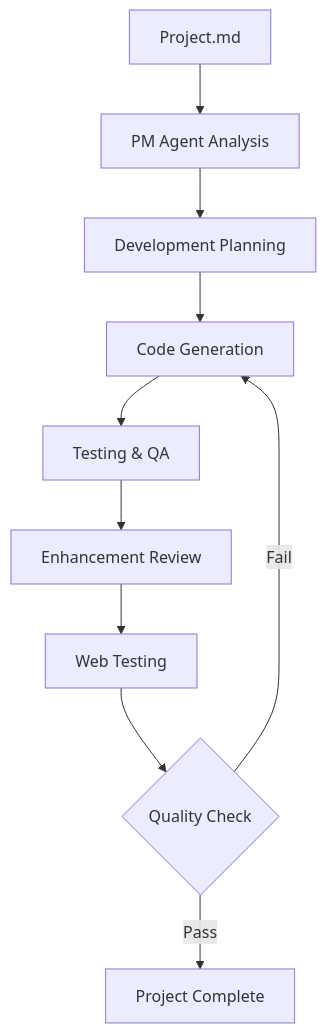
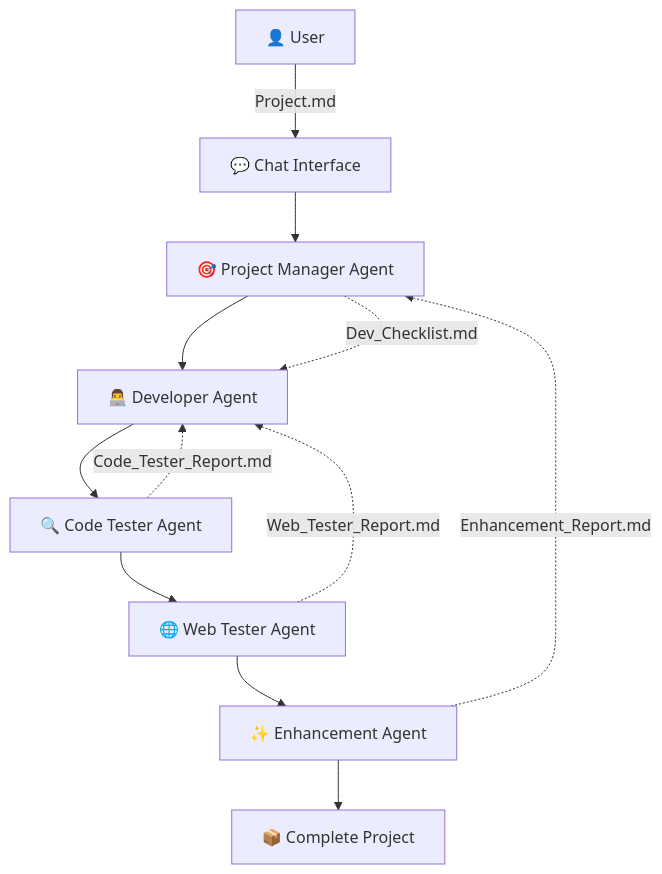
The diagram in README.md (Hyoni1129/vscode-ai-dev-agent), drawn with Mermaid before and after one commit. The commit also changed other lines of this file, not shown here.

````diff
--- a/README.md
+++ b/README.md
@@ -138,12 +44,15 @@
 ```mermaid
 graph TD
-    A[Project.md] --> B[PM Agent Analysis]
-    B --> C[Development Planning]
-    C --> D[Code Generation]
-    D --> E[Testing & QA]
-    E --> F[Enhancement Review]
-    F --> G[Web Testing]
-    G --> H{Quality Check}
-    H -->|Pass| I[Project Complete]
-    H -->|Fail| D
+    A[👤 User] -->|Project.md| B[💬 Chat Interface]
+    B --> C[🎯 Project Manager Agent]
+    C --> D[👨‍💻 Developer Agent]
+    D --> E[🔍 Code Tester Agent]
+    E --> F[🌐 Web Tester Agent]
+    F --> G[✨ Enhancement Agent]
+    G --> H[📦 Complete Project]
+    
+    C -.->|Dev_Checklist.md| D
+    E -.->|Code_Tester_Report.md| D
+    F -.->|Web_Tester_Report.md| D
+    G -.->|Enhancement_Report.md| C
 ```
````
